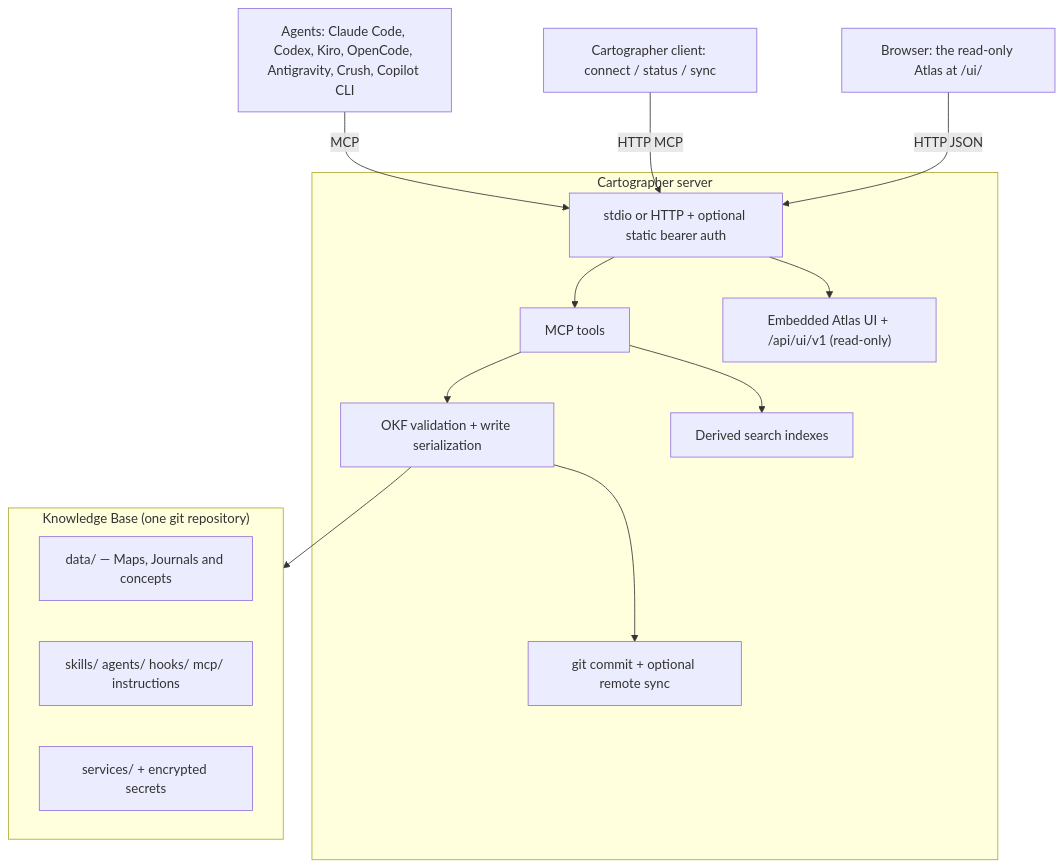
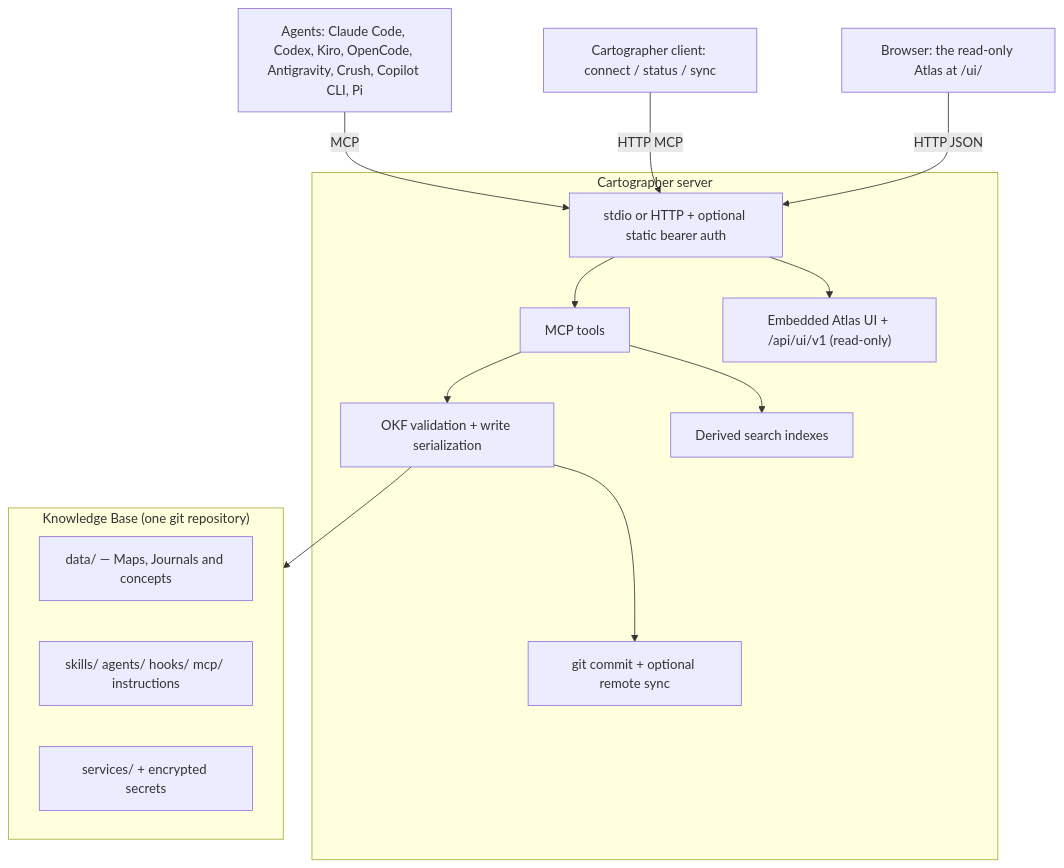
The diagram in docs/overview.md (BeppeTemp/cartographer), drawn with Mermaid before and after one commit. The commit also changed 35 other files, not shown here.

````diff
--- a/docs/overview.md
+++ b/docs/overview.md
@@ -48,28 +48,28 @@
 ```mermaid
 flowchart TB
-    A["Agents: Claude Code, Codex, Kiro, OpenCode, Antigravity, Crush, Copilot CLI"]
+    A["Agents: Claude Code, Codex, Kiro, OpenCode, Antigravity, Crush, Copilot CLI, Pi"]
     C["Cartographer client: connect / status / sync"]
     B["Browser: the read-only Atlas at /ui/"]
 
     subgraph S["Cartographer server"]
         T["stdio or HTTP + optional static bearer auth"]
         M["MCP tools"]
         W["Embedded Atlas UI + /api/ui/v1 (read-only)"]
         V["OKF validation + write serialization"]
         I["Derived search indexes"]
         G["git commit + optional remote sync"]
     end
 
     subgraph K["Knowledge Base (one git repository)"]
         D["data/ — Maps, Journals and concepts"]
         P["skills/ agents/ hooks/ mcp/ instructions"]
         X["services/ + encrypted secrets"]
     end
 
     A -->|MCP| T --> M
     C -->|HTTP MCP| T
     B -->|HTTP JSON| T --> W
     M --> V --> K
     M --> I
     V --> G
 ```
````
